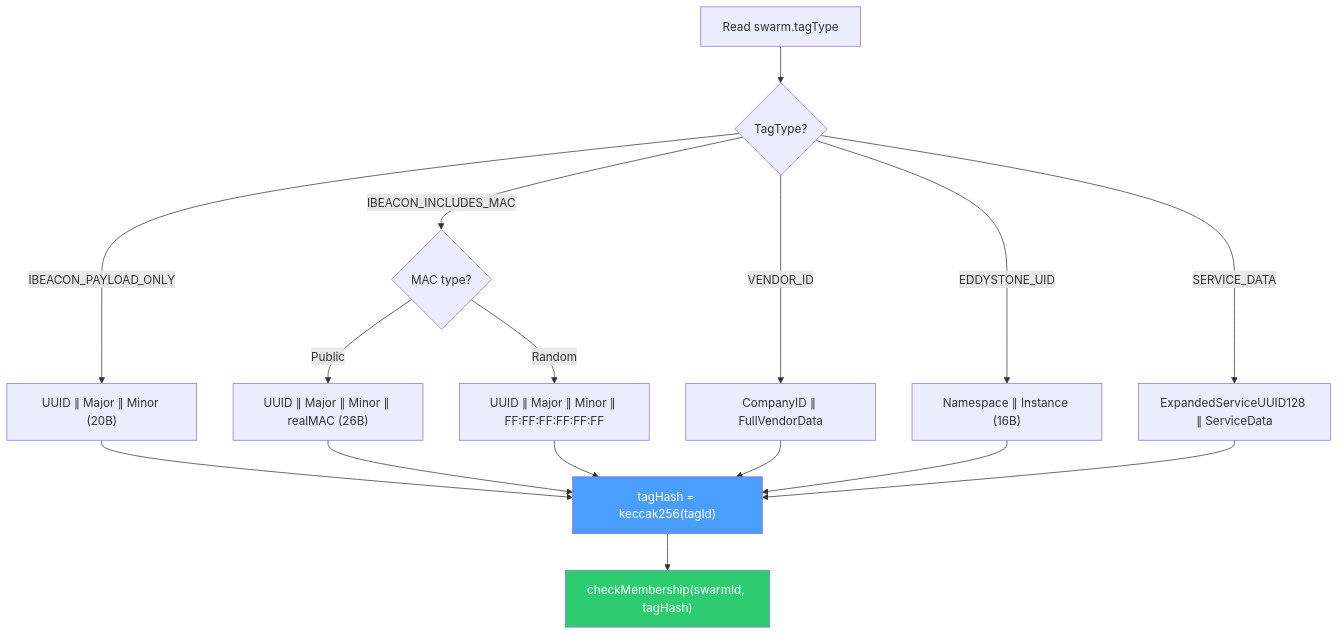
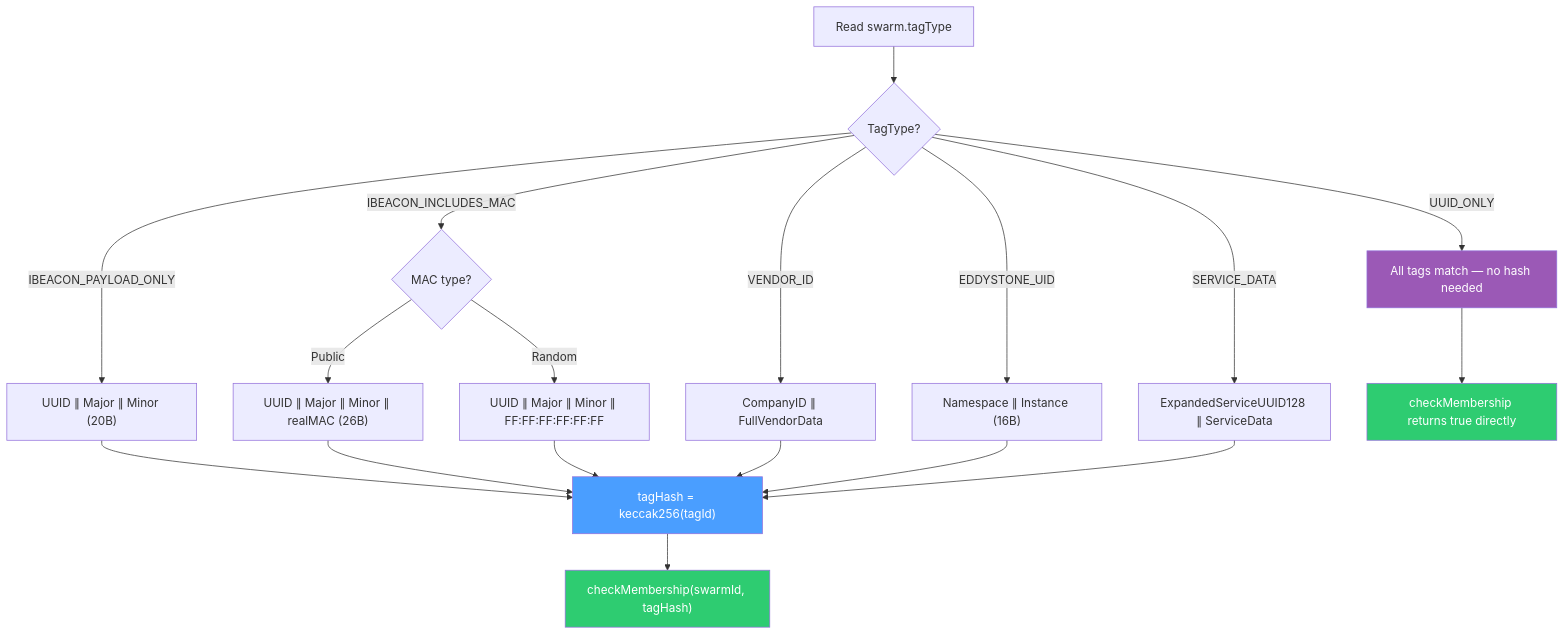
The third of 16 diagrams in src/swarms/doc/spec/swarm-specification.md (NodleCode/rollup), drawn with Mermaid before and after one commit. The commit also changed other lines of this file and 3 other files, not shown here.

````diff
--- a/src/swarms/doc/spec/swarm-specification.md
+++ b/src/swarms/doc/spec/swarm-specification.md
@@ -405,25 +418,29 @@
 ```mermaid
 flowchart TD
     A[Read swarm.tagType] --> B{TagType?}
 
     B -->|IBEACON_PAYLOAD_ONLY| C["UUID ∥ Major ∥ Minor (20B)"]
     B -->|IBEACON_INCLUDES_MAC| D{MAC type?}
     B -->|VENDOR_ID| E["CompanyID ∥ FullVendorData"]
     B -->|EDDYSTONE_UID| F["Namespace ∥ Instance (16B)"]
     B -->|SERVICE_DATA| K["ExpandedServiceUUID128 ∥ ServiceData"]
+    B -->|UUID_ONLY| L["All tags match — no hash needed"]
 
     D -->|Public| G["UUID ∥ Major ∥ Minor ∥ realMAC (26B)"]
     D -->|Random| H["UUID ∥ Major ∥ Minor ∥ FF:FF:FF:FF:FF:FF"]
 
     C --> I["tagHash = keccak256(tagId)"]
     G --> I
     H --> I
     E --> I
     F --> I
     K --> I
 
+    L --> M["checkMembership returns true directly"]
     I --> J["checkMembership(swarmId, tagHash)"]
 
     style I fill:#4a9eff,color:#fff
     style J fill:#2ecc71,color:#fff
+    style L fill:#9b59b6,color:#fff
+    style M fill:#2ecc71,color:#fff
 ```
````
